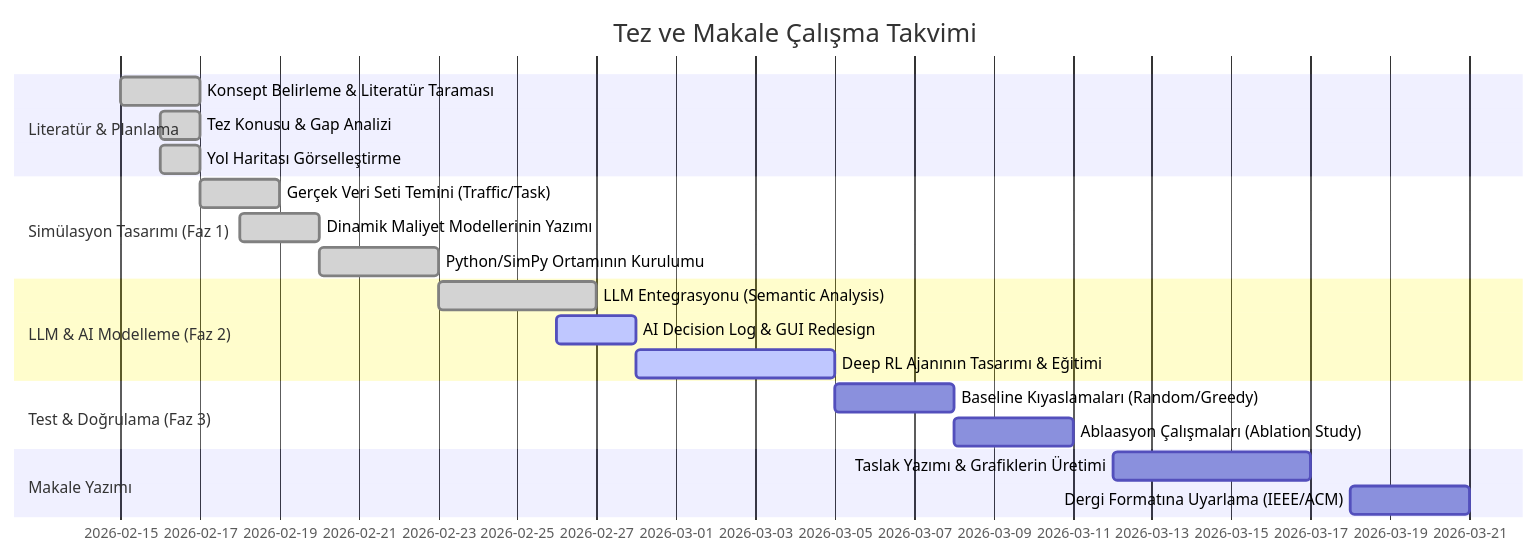
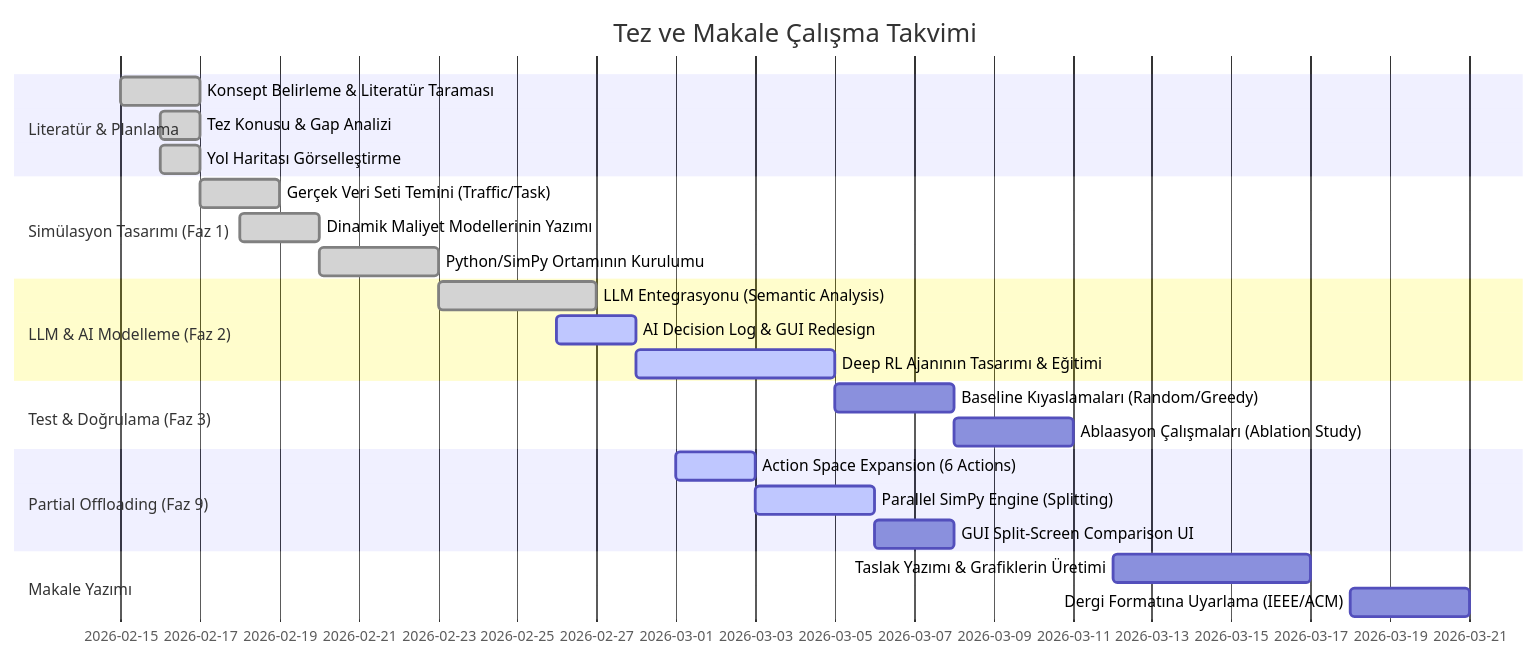
One commit to beratkaya61/task-offloading-study changed the first of 2 diagrams in doc/roadmap.md. Above: the diagram before and after it, drawn with Mermaid. The commit also changed other lines of this file and 9 other files, not shown here.

````diff
--- a/doc/roadmap.md
+++ b/doc/roadmap.md
@@ -7,27 +7,31 @@
 ```mermaid
 gantt
     title Tez ve Makale Çalışma Takvimi
     dateFormat  YYYY-MM-DD
     section Literatür & Planlama
     Konsept Belirleme & Literatür Taraması :done, des1, 2026-02-15, 2d
     Tez Konusu & Gap Analizi             :done, des2, 2026-02-16, 1d
     Yol Haritası Görselleştirme          :done, des3, 2026-02-16, 1d
 
     section Simülasyon Tasarımı (Faz 1)
     Gerçek Veri Seti Temini (Traffic/Task) :done, sim1, 2026-02-17, 2d
     Dinamik Maliyet Modellerinin Yazımı    :done, sim2, 2026-02-18, 2d
     Python/SimPy Ortamının Kurulumu        :done, sim3, 2026-02-20, 3d
 
     section LLM & AI Modelleme (Faz 2)
     LLM Entegrasyonu (Semantic Analysis)   :done, ai1, 2026-02-23, 4d
     AI Decision Log & GUI Redesign         :active, ai2, 2026-02-26, 2d
     Deep RL Ajanının Tasarımı & Eğitimi    :active, ai3, 2026-02-28, 5d
     
     section Test & Doğrulama (Faz 3)
     Baseline Kıyaslamaları (Random/Greedy):test1, 2026-03-05, 3d
     Ablaasyon Çalışmaları (Ablation Study) :test2, 2026-03-08, 3d
+    section Partial Offloading (Faz 9)
+    Action Space Expansion (6 Actions)    :active, p9_1, 2026-03-01, 2d
+    Parallel SimPy Engine (Splitting)     :active, p9_2, 2026-03-03, 3d
+    GUI Split-Screen Comparison UI        :p9_3, 2026-03-06, 2d
     
     section Makale Yazımı
     Taslak Yazımı & Grafiklerin Üretimi    :write1, 2026-03-12, 5d
     Dergi Formatına Uyarlama (IEEE/ACM)    :write2, 2026-03-18, 3d
 ```
````
